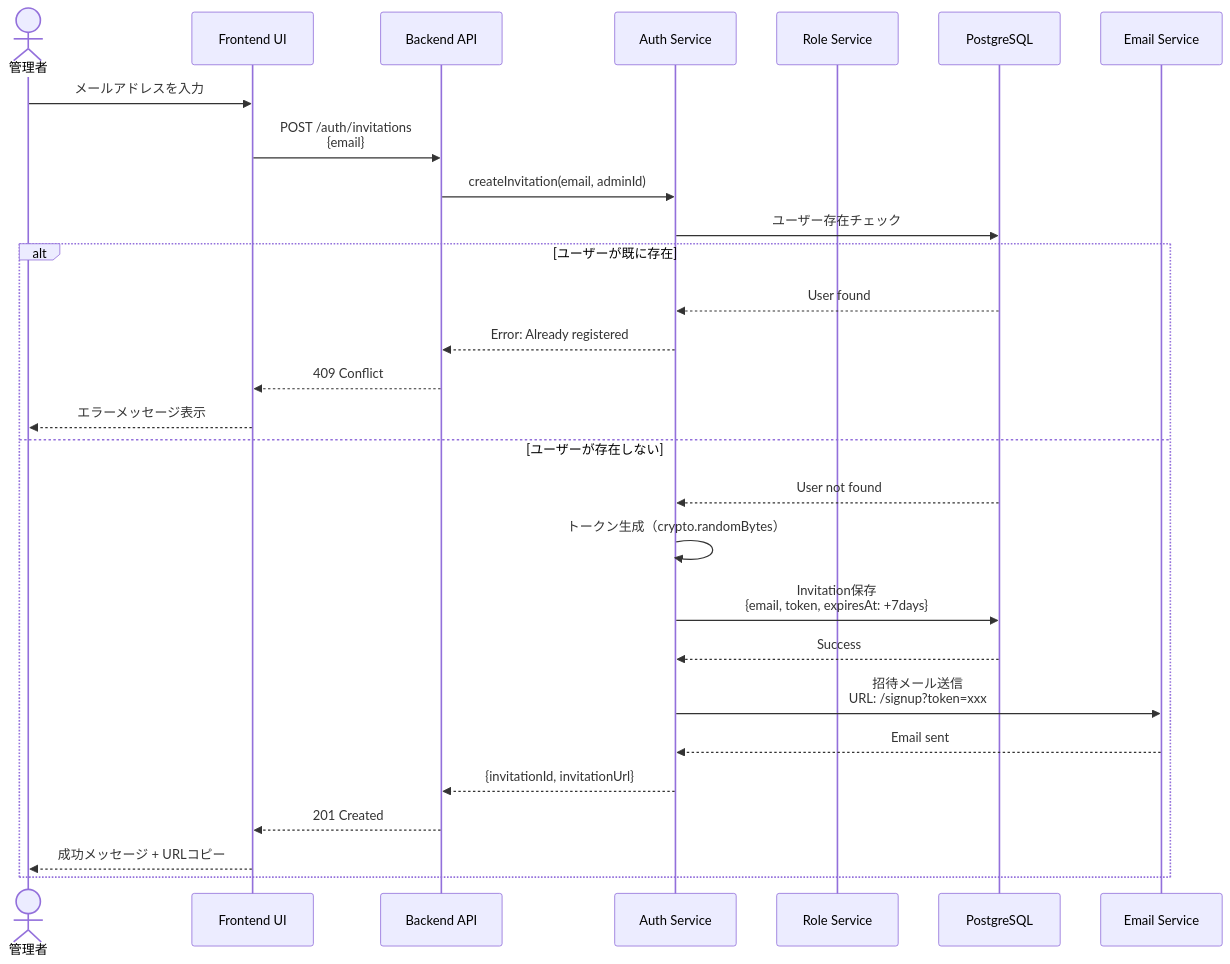
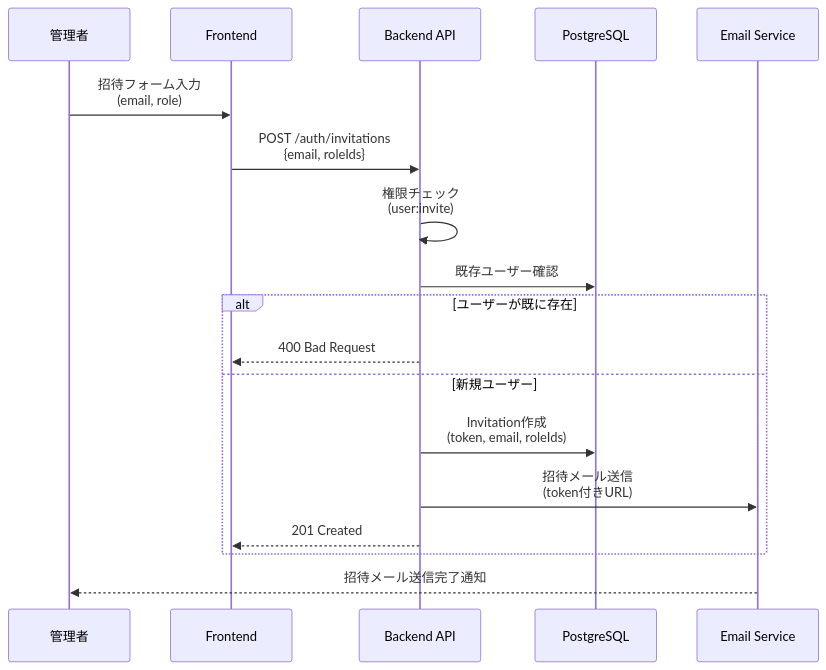
One commit to inakanou/ArchiTrack changed the second of 8 diagrams in .kiro/specs/user-authentication/design.md. Above: the diagram before and after it, drawn with Mermaid. The commit also changed other lines of this file and 1 other file, not shown here.

First line of the commit message:
feat(spec): 認証・認可機能の技術設計書を生成（user-authentication）

````diff
--- a/.kiro/specs/user-authentication/design.md
+++ b/.kiro/specs/user-authentication/design.md
@@ -314,31 +214,21 @@
 ```mermaid
 sequenceDiagram
-    actor Admin as 管理者
-    participant UI as Frontend UI
+    participant Admin as 管理者
+    participant UI as Frontend
     participant API as Backend API
-    participant AuthService as Auth Service
-    participant RoleService as Role Service
     participant DB as PostgreSQL
     participant Email as Email Service
 
-    Admin->>UI: メールアドレスを入力
-    UI->>API: POST /auth/invitations<br/>{email}
-    API->>AuthService: createInvitation(email, adminId)
-    AuthService->>DB: ユーザー存在チェック
+    Admin->>UI: 招待フォーム入力<br/>(email, role)
+    UI->>API: POST /auth/invitations<br/>{email, roleIds}
+    API->>API: 権限チェック<br/>(user:invite)
+    API->>DB: 既存ユーザー確認
     alt ユーザーが既に存在
-        DB-->>AuthService: User found
-        AuthService-->>API: Error: Already registered
-        API-->>UI: 409 Conflict
-        UI-->>Admin: エラーメッセージ表示
-    else ユーザーが存在しない
-        DB-->>AuthService: User not found
-        AuthService->>AuthService: トークン生成（crypto.randomBytes）
-        AuthService->>DB: Invitation保存<br/>{email, token, expiresAt: +7days}
-        DB-->>AuthService: Success
-        AuthService->>Email: 招待メール送信<br/>URL: /signup?token=xxx
-        Email-->>AuthService: Email sent
-        AuthService-->>API: {invitationId, invitationUrl}
+        API-->>UI: 400 Bad Request
+    else 新規ユーザー
+        API->>DB: Invitation作成<br/>(token, email, roleIds)
+        API->>Email: 招待メール送信<br/>(token付きURL)
         API-->>UI: 201 Created
-        UI-->>Admin: 成功メッセージ + URLコピー
     end
+    Email-->>Admin: 招待メール送信完了通知
 ```
````
